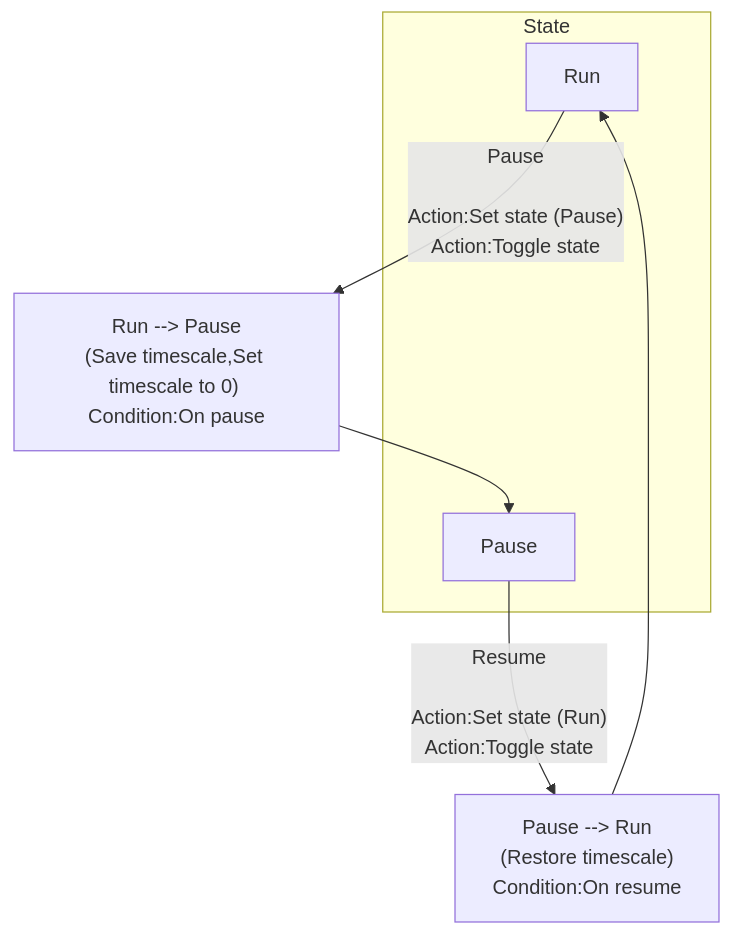
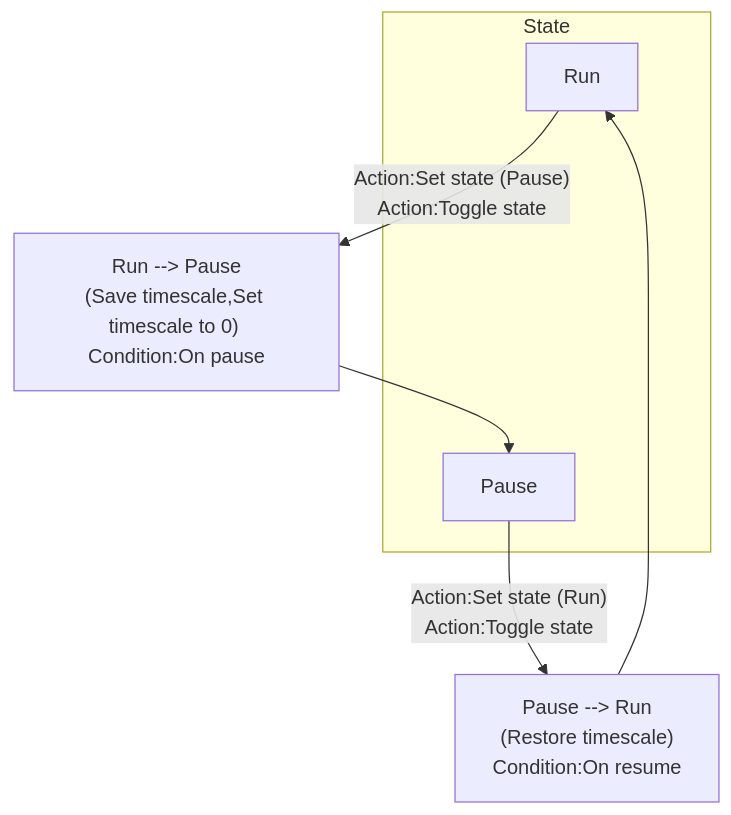
The diagram in plugins.md/rex_pause.md (Jayed2016/C3RexDoc), drawn with Mermaid before and after one commit. The commit also changed 5 other files, not shown here.

````diff
--- a/plugins.md/rex_pause.md
+++ b/plugins.md/rex_pause.md
@@ -22,16 +22,16 @@
 ```mermaid
 graph TB
 
-StateRun["Run"] --> |"Pause<br> <br>Action:Set state (Pause)<br>Action:Toggle state"| TransitionRun2Pause["Run --> Pause<br>(Save timescale,Set timescale to 0) <br>Condition:On pause"]
+StateRun["Run"] --> |"Action:Set state (Pause)<br>Action:Toggle state"| TransitionRun2Pause["Run --> Pause<br>(Save timescale,Set timescale to 0) <br>Condition:On pause"]
 TransitionRun2Pause --> StatePause["Pause"]
-StatePause --> |"Resume<br> <br>Action:Set state (Run)<br>Action:Toggle state"| TransitionPause2Run["Pause --> Run<br>(Restore timescale)<br>Condition:On resume"]
+StatePause --> |"Action:Set state (Run)<br>Action:Toggle state"| TransitionPause2Run["Pause --> Run<br>(Restore timescale)<br>Condition:On resume"]
 TransitionPause2Run --> StateRun
 
 subgraph State
 StatePause
 end
 subgraph State
 StateRun
 end
 
 ```
````
